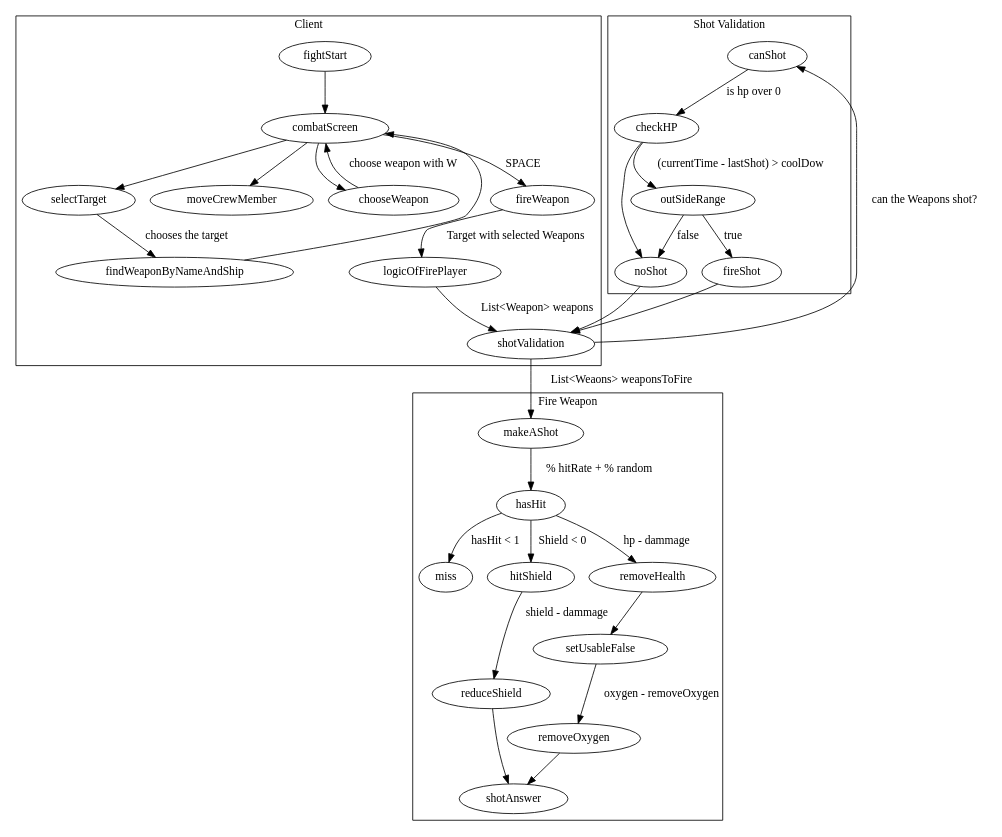
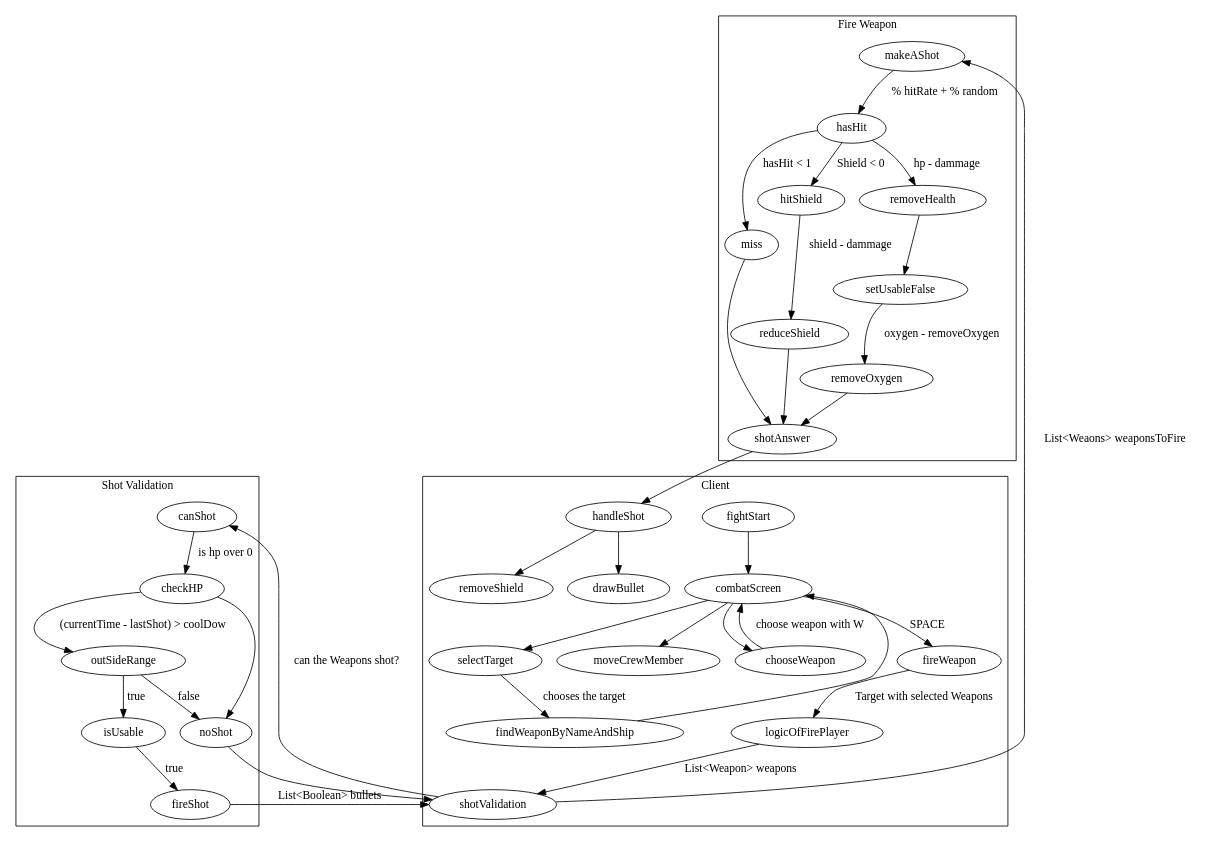
One commit to ksreyr/SpaceStudio changed the fifth of 6 diagrams in docs/Multiplayer.org. Above: the diagram before and after it, drawn with Graphviz. The commit also changed other lines of this file and 2 other files, not shown here.

Commit message:
diagrams

```diff
--- a/docs/Multiplayer.org
+++ b/docs/Multiplayer.org
@@ -93,64 +93,69 @@
 #+BEGIN_SRC dot :file kampf.png
 
 digraph automaton {
 
     subgraph cluster_0 {
         label="Client";
 
         fightStart -> combatScreen;
         combatScreen -> {chooseWeapon, selectTarget moveCrewMember};
         chooseWeapon -> combatScreen [label="choose weapon with W"];
         selectTarget -> findWeaponByNameAndShip [label="chooses the target"];
         findWeaponByNameAndShip -> combatScreen;
         combatScreen -> fireWeapon [label="SPACE"];
         fireWeapon -> logicOfFirePlayer [label="Target with selected Weapons"];
         logicOfFirePlayer -> shotValidation [label="List<Weapon> weapons"];
 
 
+        handleShot -> {drawBullet, removeShield}
 
 
 
         }
 
     subgraph cluster_1 {
         label="Shot Validation";
 
         shotValidation -> canShot [label="can the Weapons shot?"]
 
         canShot -> checkHP [label="is hp over 0"]
         checkHP -> noShot
         checkHP -> outSideRange [label="(currentTime - lastShot) > coolDow"]
         outSideRange -> noShot [label="false"]
         noShot -> shotValidation
-        outSideRange -> fireShot [label="true"]
-        fireShot -> shotValidation
-
+        outSideRange -> isUsable  [label="true"]
+        isUsable -> fireShot [label="true"]
+        fireShot -> shotValidation  [label="List<Boolean> bullets"]
 
         }
 
 
     subgraph cluster_2 {
         label="Fire Weapon"
 
         shotValidation -> makeAShot [label="List<Weaons> weaponsToFire"]
 
         makeAShot -> hasHit [label="% hitRate + % random"]
 
         hasHit -> miss [label="hasHit < 1"]
+        miss -> shotAnswer
+
+
         hasHit -> hitShield[label="Shield < 0"]
         hitShield -> reduceShield [label="shield - dammage"]
         reduceShield -> shotAnswer
 
         hasHit -> removeHealth [label="hp - dammage"]
         removeHealth -> setUsableFalse
         setUsableFalse -> removeOxygen [label="oxygen - removeOxygen"]
         removeOxygen -> shotAnswer
 
 
 
+        shotAnswer -> handleShot
 
 
     }
 
 }
 #+END_SRC
```
